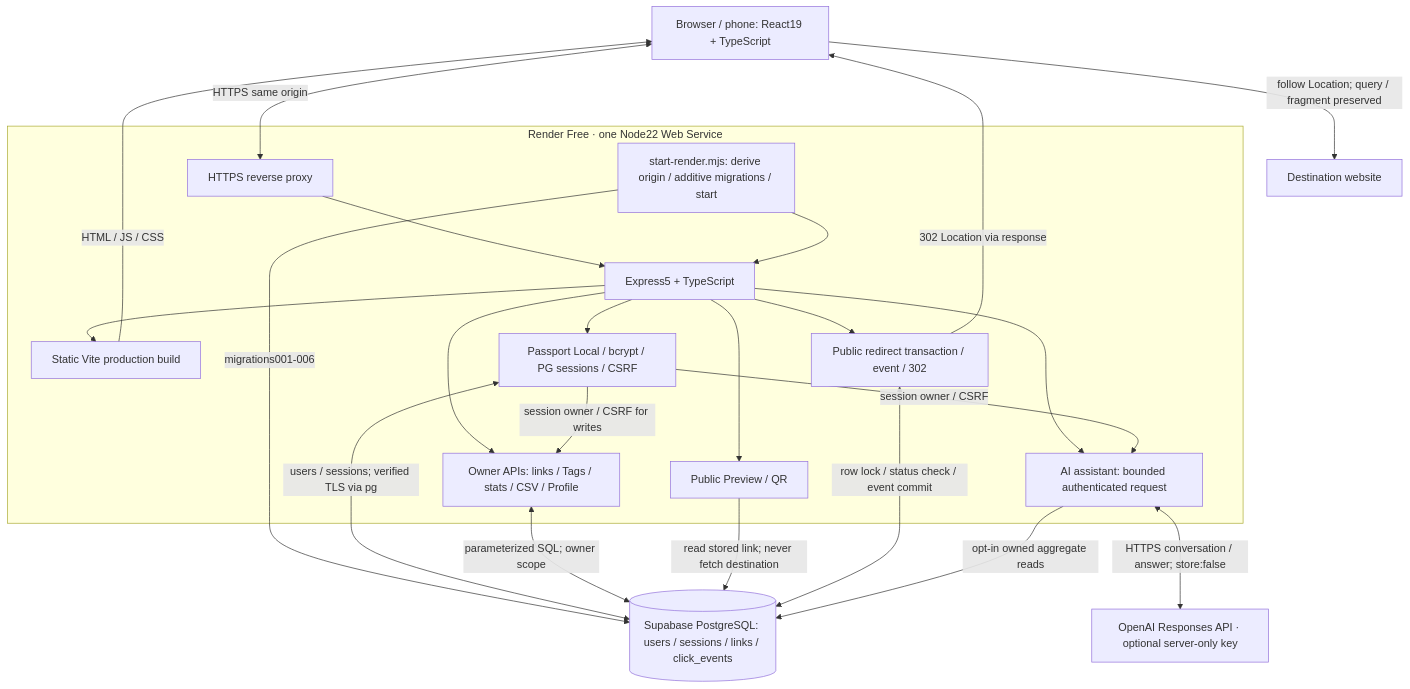
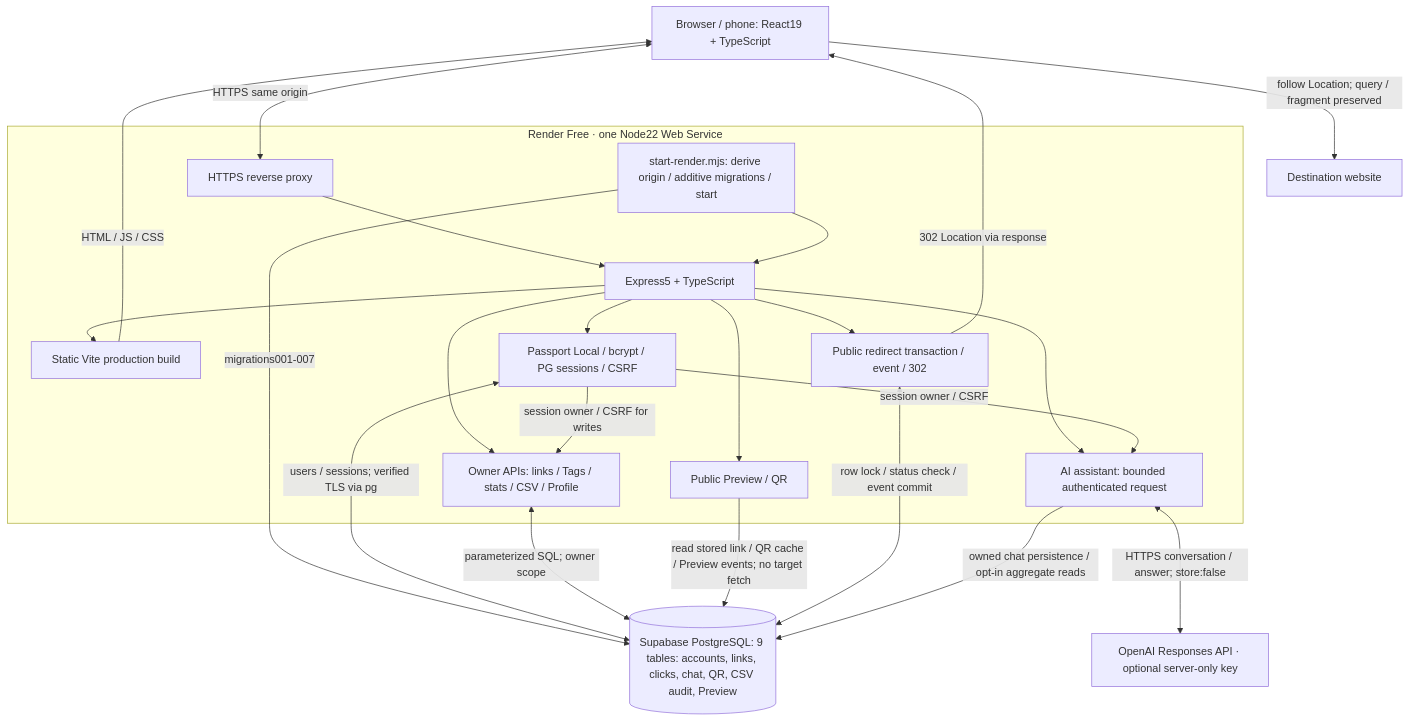
Before and after one commit to nicky-wrc/short-url-system: the diagram in docs/diagrams/architecture.mmd, drawn with Mermaid. The commit also changed 32 other files, not shown here.

Commit message:
feat: persist chat history and QR, CSV, preview records

```diff
--- a/docs/diagrams/architecture.mmd
+++ b/docs/diagrams/architecture.mmd
@@ -1,37 +1,37 @@
 flowchart TB
   B["Browser / phone: React19 + TypeScript"]
   subgraph R["Render Free · one Node22 Web Service"]
     H["HTTPS reverse proxy"]
     E["Express5 + TypeScript"]
     S["Static Vite production build"]
     A["Passport Local / bcrypt / PG sessions / CSRF"]
     M["Owner APIs: links / Tags / stats / CSV / Profile"]
     P["Public Preview / QR"]
     X["Public redirect transaction / event / 302"]
     C["AI assistant: bounded authenticated request"]
     START["start-render.mjs: derive origin / additive migrations / start"]
   end
-  D[("Supabase PostgreSQL: users / sessions / links / click_events")]
+  D[("Supabase PostgreSQL: 9 tables: accounts, links, clicks, chat, QR, CSV audit, Preview")]
   AI["OpenAI Responses API · optional server-only key"]
   T["Destination website"]
   B <-->|"HTTPS same origin"| H
   H --> E
   START --> E
-  START -->|"migrations001-006"| D
+  START -->|"migrations001-007"| D
   E --> S
   S -->|"HTML / JS / CSS"| B
   E --> A
   E --> M
   E --> P
   E --> X
   E --> C
   A <-->|"users / sessions; verified TLS via pg"| D
   A -->|"session owner / CSRF for writes"| M
   A -->|"session owner / CSRF"| C
   M <-->|"parameterized SQL; owner scope"| D
-  P -->|"read stored link; never fetch destination"| D
+  P -->|"read stored link / QR cache / Preview events; no target fetch"| D
   X <-->|"row lock / status check / event commit"| D
-  C -->|"opt-in owned aggregate reads"| D
+  C -->|"owned chat persistence / opt-in aggregate reads"| D
   C <-->|"HTTPS conversation / answer; store:false"| AI
   X -->|"302 Location via response"| B
   B -->|"follow Location; query / fragment preserved"| T
```
